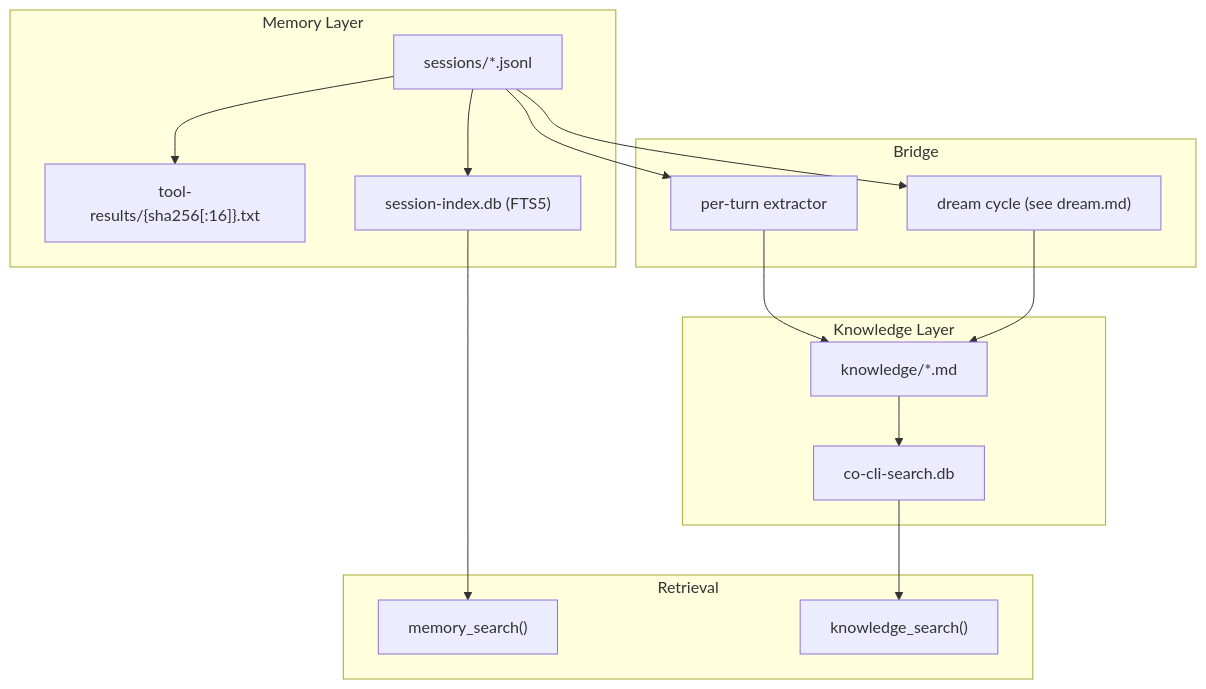
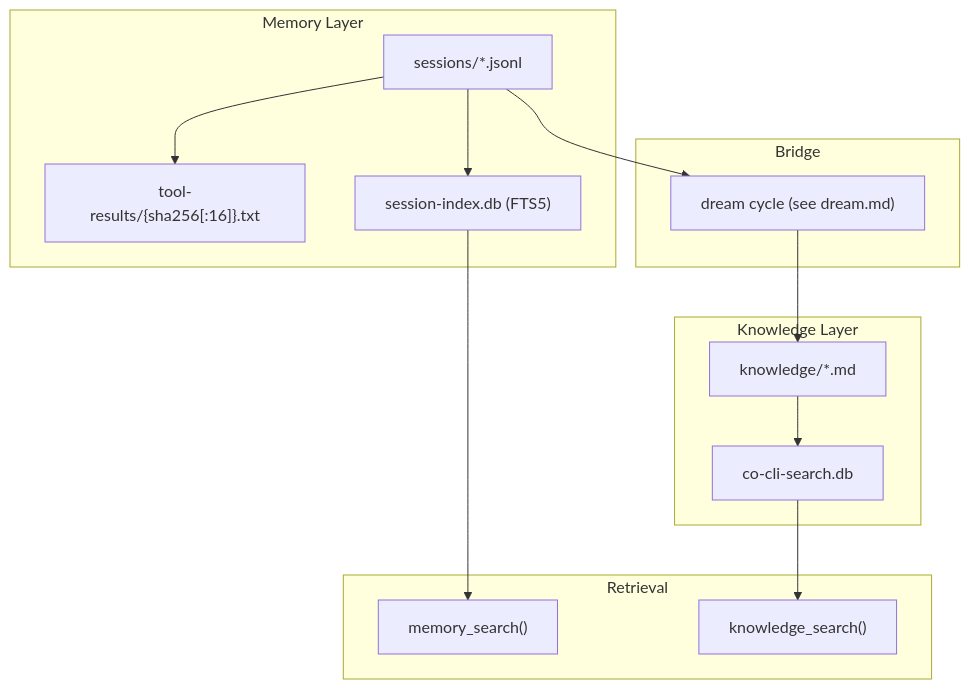
Before and after one commit to binlecode/co-cli: the diagram in docs/specs/memory-knowledge.md, drawn with Mermaid. The commit also changed other lines of this file and 204 other files, not shown here.

````diff
--- a/docs/specs/memory-knowledge.md
+++ b/docs/specs/memory-knowledge.md
@@ -38,33 +38,30 @@
 ```mermaid
 flowchart TD
     subgraph Memory["Memory Layer"]
         Sessions["sessions/*.jsonl"]
         Spill["tool-results/{sha256[:16]}.txt"]
         SessionIdx["session-index.db (FTS5)"]
     end
 
     subgraph Bridge["Bridge"]
-        Extractor["per-turn extractor"]
         Dream["dream cycle (see dream.md)"]
     end
 
     subgraph Knowledge["Knowledge Layer"]
         KDir["knowledge/*.md"]
         SearchDB["co-cli-search.db"]
     end
 
     subgraph Recall["Retrieval"]
         MemorySearch["memory_search()"]
         KnowledgeSearch["knowledge_search()"]
     end
 
     Sessions --> SessionIdx
-    Sessions --> Extractor
     Sessions --> Dream
     Sessions --> Spill
-    Extractor --> KDir
     Dream --> KDir
     KDir --> SearchDB
     SessionIdx --> MemorySearch
     SearchDB --> KnowledgeSearch
 ```
````
